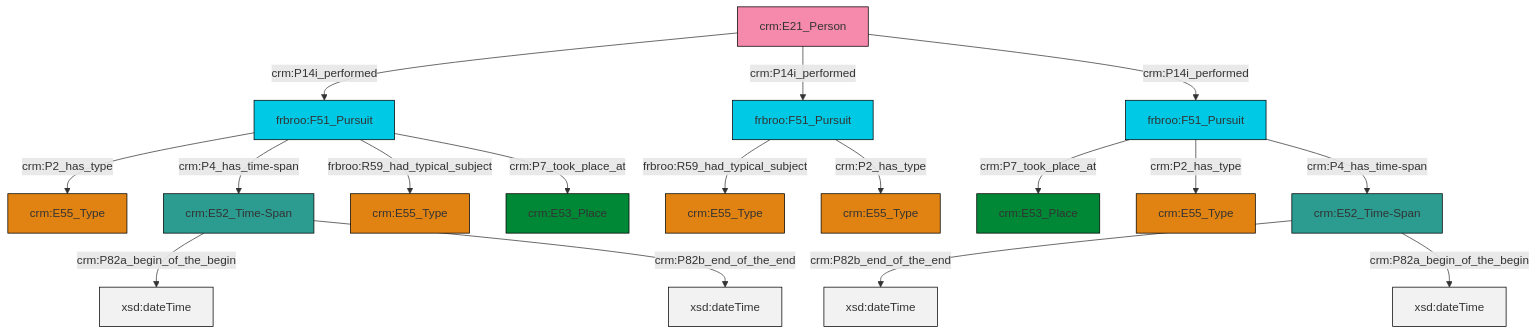
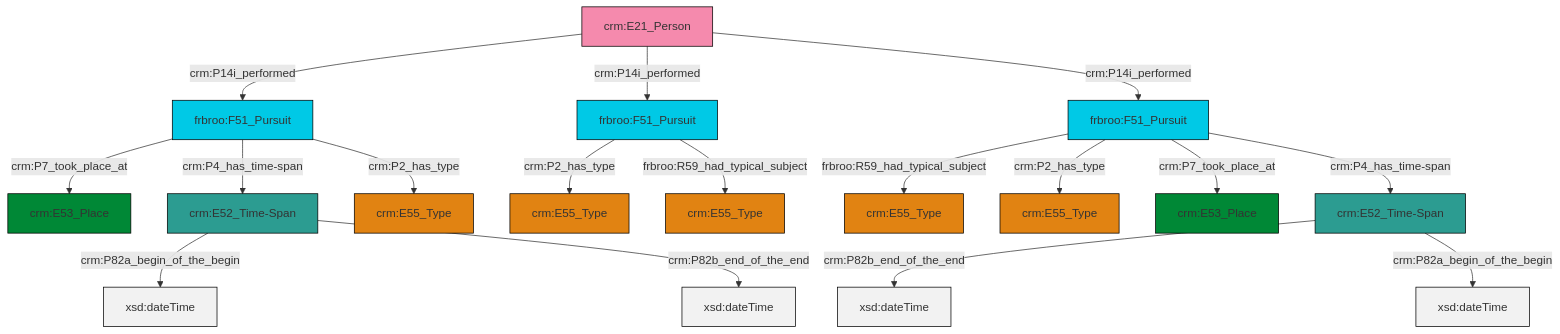
The diagram in et/personCSV/ttl/mmd/Person_Event.ttl.mmd (swiss-art-research-net/reference-data-models), drawn with Mermaid before and after one commit. The commit also changed 128 other files, not shown here.

```diff
--- a/et/personCSV/ttl/mmd/Person_Event.ttl.mmd
+++ b/et/personCSV/ttl/mmd/Person_Event.ttl.mmd
@@ -1,31 +1,31 @@
 graph TD
 classDef Literal fill:#f2f2f2,stroke:#000000;
 classDef CRM_Entity fill:#FFFFFF,stroke:#000000;
 classDef Temporal_Entity fill:#00C9E6, stroke:#000000;
 classDef Type fill:#E18312, stroke:#000000;
 classDef Time-Span fill:#2C9C91, stroke:#000000;
 classDef Appellation fill:#FFEB7F, stroke:#000000;
 classDef Place fill:#008836, stroke:#000000;
 classDef Persistent_Item fill:#B266B2, stroke:#000000;
 classDef Conceptual_Object fill:#FFD700, stroke:#000000;
 classDef Physical_Thing fill:#D2B48C, stroke:#000000;
 classDef Actor fill:#f58aad, stroke:#000000;
 classDef PC_Classes fill:#4ce600, stroke:#000000;
 classDef Multi fill:#cccccc,stroke:#000000;
 
-0["frbroo:F51_Pursuit"]:::Temporal_Entity -->|crm:P7_took_place_at| 1["crm:E53_Place"]:::Place
-2["frbroo:F51_Pursuit"]:::Temporal_Entity -->|frbroo:R59_had_typical_subject| 4["crm:E55_Type"]:::Type
-0["frbroo:F51_Pursuit"]:::Temporal_Entity -->|crm:P2_has_type| 5["crm:E55_Type"]:::Type
-6["frbroo:F51_Pursuit"]:::Temporal_Entity -->|crm:P2_has_type| 7["crm:E55_Type"]:::Type
-10["crm:E21_Person"]:::Actor -->|crm:P14i_performed| 6["frbroo:F51_Pursuit"]:::Temporal_Entity
-12["crm:E52_Time-Span"]:::Time-Span -->|crm:P82b_end_of_the_end| 13[xsd:dateTime]:::Literal
-2["frbroo:F51_Pursuit"]:::Temporal_Entity -->|crm:P2_has_type| 16["crm:E55_Type"]:::Type
-10["crm:E21_Person"]:::Actor -->|crm:P14i_performed| 2["frbroo:F51_Pursuit"]:::Temporal_Entity
-6["frbroo:F51_Pursuit"]:::Temporal_Entity -->|crm:P4_has_time-span| 14["crm:E52_Time-Span"]:::Time-Span
+0["crm:E21_Person"]:::Actor -->|crm:P14i_performed| 2["frbroo:F51_Pursuit"]:::Temporal_Entity
 6["frbroo:F51_Pursuit"]:::Temporal_Entity -->|frbroo:R59_had_typical_subject| 8["crm:E55_Type"]:::Type
-12["crm:E52_Time-Span"]:::Time-Span -->|crm:P82a_begin_of_the_begin| 20[xsd:dateTime]:::Literal
-14["crm:E52_Time-Span"]:::Time-Span -->|crm:P82a_begin_of_the_begin| 24[xsd:dateTime]:::Literal
-0["frbroo:F51_Pursuit"]:::Temporal_Entity -->|crm:P4_has_time-span| 12["crm:E52_Time-Span"]:::Time-Span
-6["frbroo:F51_Pursuit"]:::Temporal_Entity -->|crm:P7_took_place_at| 26["crm:E53_Place"]:::Place
-14["crm:E52_Time-Span"]:::Time-Span -->|crm:P82b_end_of_the_end| 31[xsd:dateTime]:::Literal
-10["crm:E21_Person"]:::Actor -->|crm:P14i_performed| 0["frbroo:F51_Pursuit"]:::Temporal_Entity
+6["frbroo:F51_Pursuit"]:::Temporal_Entity -->|crm:P2_has_type| 10["crm:E55_Type"]:::Type
+2["frbroo:F51_Pursuit"]:::Temporal_Entity -->|crm:P7_took_place_at| 3["crm:E53_Place"]:::Place
+13["crm:E52_Time-Span"]:::Time-Span -->|crm:P82a_begin_of_the_begin| 14[xsd:dateTime]:::Literal
+6["frbroo:F51_Pursuit"]:::Temporal_Entity -->|crm:P7_took_place_at| 16["crm:E53_Place"]:::Place
+17["crm:E52_Time-Span"]:::Time-Span -->|crm:P82b_end_of_the_end| 18[xsd:dateTime]:::Literal
+13["crm:E52_Time-Span"]:::Time-Span -->|crm:P82b_end_of_the_end| 19[xsd:dateTime]:::Literal
+24["frbroo:F51_Pursuit"]:::Temporal_Entity -->|crm:P2_has_type| 22["crm:E55_Type"]:::Type
+2["frbroo:F51_Pursuit"]:::Temporal_Entity -->|crm:P4_has_time-span| 13["crm:E52_Time-Span"]:::Time-Span
+6["frbroo:F51_Pursuit"]:::Temporal_Entity -->|crm:P4_has_time-span| 17["crm:E52_Time-Span"]:::Time-Span
+17["crm:E52_Time-Span"]:::Time-Span -->|crm:P82a_begin_of_the_begin| 27[xsd:dateTime]:::Literal
+24["frbroo:F51_Pursuit"]:::Temporal_Entity -->|frbroo:R59_had_typical_subject| 29["crm:E55_Type"]:::Type
+0["crm:E21_Person"]:::Actor -->|crm:P14i_performed| 24["frbroo:F51_Pursuit"]:::Temporal_Entity
+0["crm:E21_Person"]:::Actor -->|crm:P14i_performed| 6["frbroo:F51_Pursuit"]:::Temporal_Entity
+2["frbroo:F51_Pursuit"]:::Temporal_Entity -->|crm:P2_has_type| 11["crm:E55_Type"]:::Type
```
